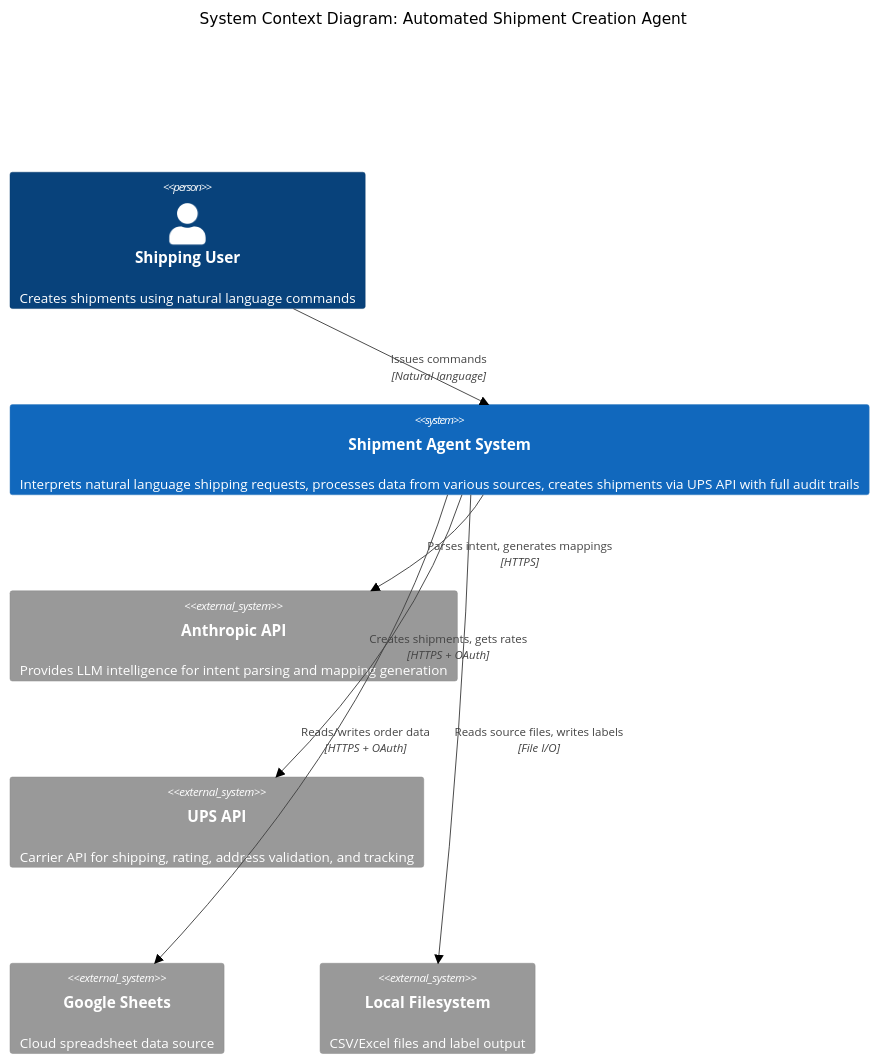
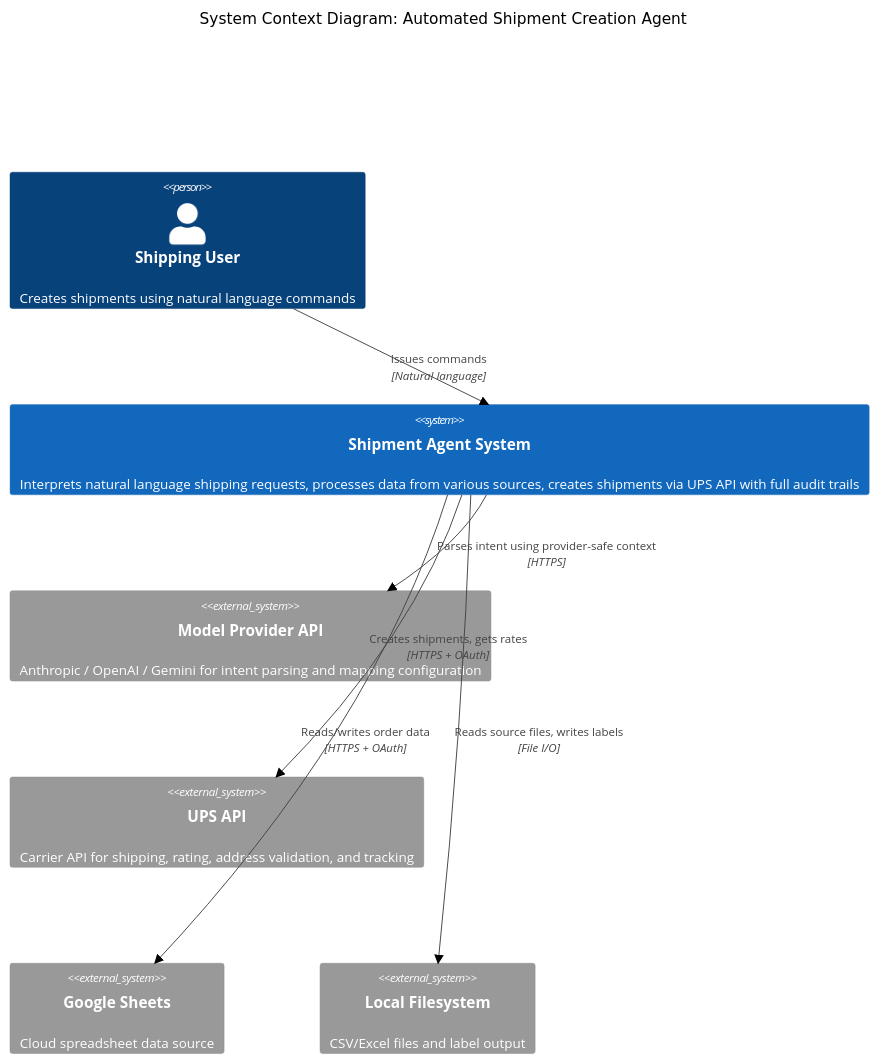
Before and after one commit to matt-hans/ShipAgent: the first of 7 diagrams in docs/architecture.md, drawn with Mermaid (neutral theme). The commit also changed other lines of this file and 4 other files, not shown here.

````diff
--- a/docs/architecture.md
+++ b/docs/architecture.md
@@ -31,19 +33,19 @@
 ```mermaid
 C4Context
     title System Context Diagram: Automated Shipment Creation Agent
 
     Person(user, "Shipping User", "Creates shipments using natural language commands")
 
     System(agent_system, "Shipment Agent System", "Interprets natural language shipping requests, processes data from various sources, creates shipments via UPS API with full audit trails")
 
-    System_Ext(anthropic, "Anthropic API", "Provides LLM intelligence for intent parsing and mapping generation")
+    System_Ext(model_api, "Model Provider API", "Anthropic / OpenAI / Gemini for intent parsing and mapping configuration")
     System_Ext(ups, "UPS API", "Carrier API for shipping, rating, address validation, and tracking")
     System_Ext(sheets, "Google Sheets", "Cloud spreadsheet data source")
     System_Ext(filesystem, "Local Filesystem", "CSV/Excel files and label output")
 
     Rel(user, agent_system, "Issues commands", "Natural language")
-    Rel(agent_system, anthropic, "Parses intent, generates mappings", "HTTPS")
+    Rel(agent_system, model_api, "Parses intent using provider-safe context", "HTTPS")
     Rel(agent_system, ups, "Creates shipments, gets rates", "HTTPS + OAuth")
     Rel(agent_system, sheets, "Reads/writes order data", "HTTPS + OAuth")
     Rel(agent_system, filesystem, "Reads source files, writes labels", "File I/O")
 ```
````
